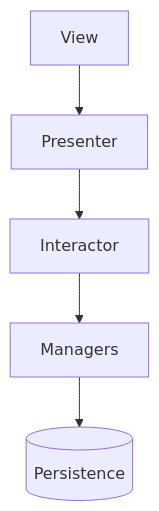
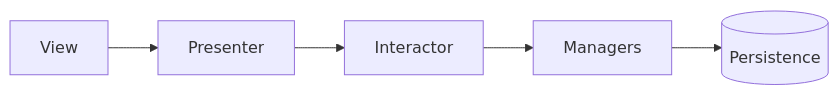
The diagram in README.md (MarkMartin2077/Waza), drawn with Mermaid before and after one commit. The commit also changed other lines of this file, not shown here.

````diff
--- a/README.md
+++ b/README.md
@@ -118,13 +31,4 @@
 ```mermaid
-graph TB
-    V[View]
-    P[Presenter]
-    I[Interactor]
-    M[Managers]
-    S[(Persistence)]
-
-    V --> P
-    P --> I
-    I --> M
-    M --> S
+graph LR
+    V[View] --> P[Presenter] --> I[Interactor] --> M[Managers] --> S[(Persistence)]
 ```
````
